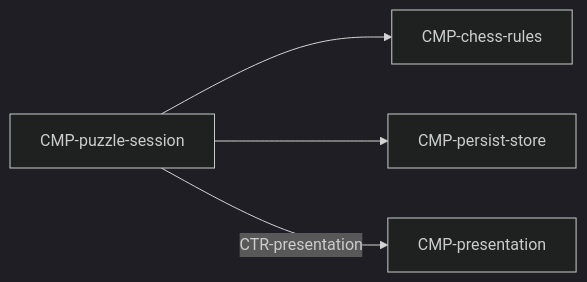
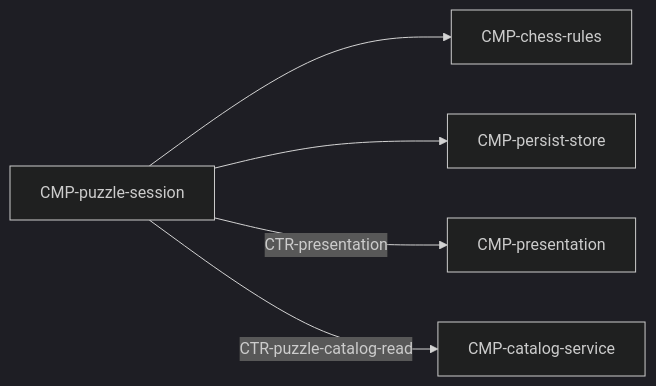
One commit to waigore/simplechessv2 changed the diagram in specs/technical/components/puzzle-session.md. Above: the diagram before and after it, drawn with Mermaid (dark theme). The commit also changed other lines of this file and 13 other files, not shown here.

First line of the commit message:
Record the puzzle catalog API as an Integration ADR with deal-read contract and service spec

````diff
--- a/specs/technical/components/puzzle-session.md
+++ b/specs/technical/components/puzzle-session.md
@@ -38,10 +39,12 @@
 ```mermaid
 flowchart LR
   Q[CMP-puzzle-session]
   C[CMP-chess-rules]
   P[CMP-persist-store]
   V[CMP-presentation]
+  D[CMP-catalog-service]
   Q --> C
   Q --> P
   Q -->|CTR-presentation| V
+  Q -->|CTR-puzzle-catalog-read| D
 ```
````
